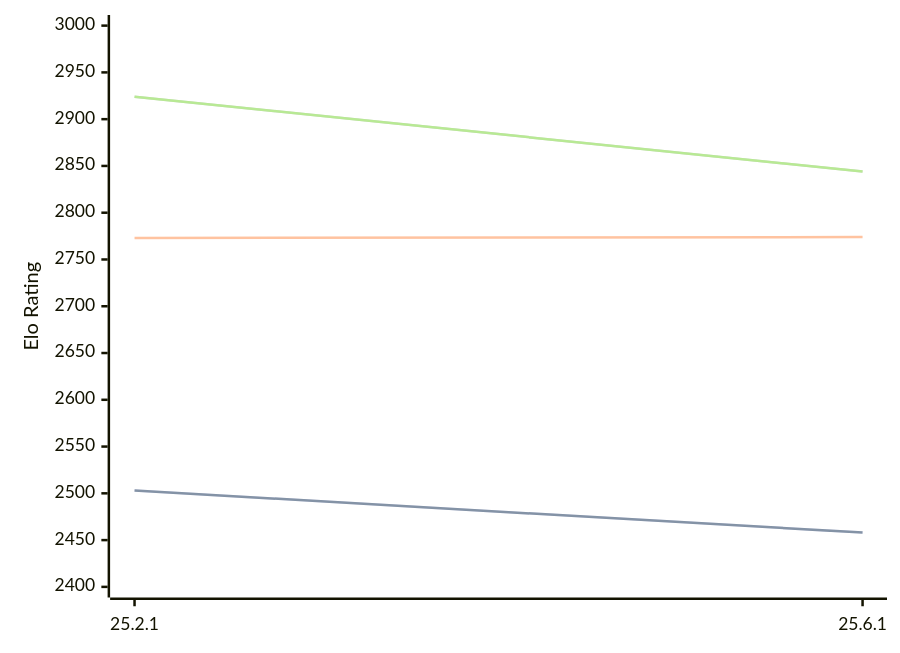
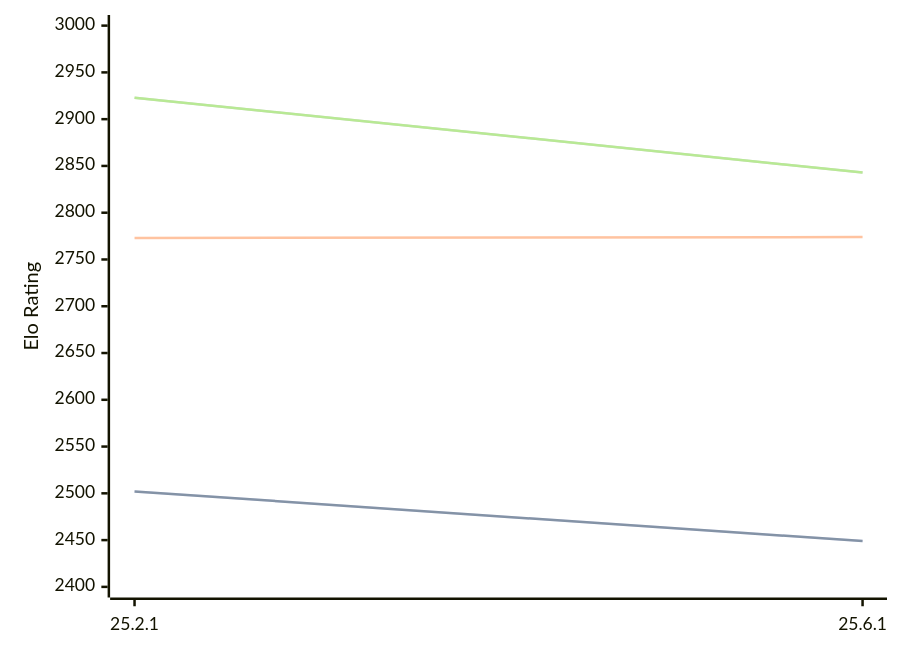
One commit to computer-chess-index/cci changed the third of 3 diagrams in engines/Crafty.md. Above: the diagram before and after it, drawn with Mermaid. The commit also changed other lines of this file, not shown here.

Commit message:
Update CCI Ratings (ELO VLTC) - 2026-07-15

````diff
--- a/engines/Crafty.md
+++ b/engines/Crafty.md
@@ -65,11 +65,11 @@
 ```mermaid
 %%{init: {"theme":"base","themeVariables":{"seriesColors:['#a3a3a3','#222221','#faa371']}}}%%
 xychart-beta
   x-axis ["25.2.1", "25.6.1"]
   y-axis "Elo Rating" 2400 --> 3000
-  line "STC (8.0+0.08s)" [2503, 2458]
-  line "STC (8.0+0.08s)" [2503, 2458]
+  line "STC (8.0+0.08s)" [2502, 2449]
+  line "STC (8.0+0.08s)" [2502, 2449]
   line "LTC (60.0+0.60s)" [2773, 2774]
-  line "VLTC (2m24s+1.12s)" [2924, 2844]
-  line "VLTC (2m24s+1.12s)" [2924, 2844]
+  line "VLTC (2m24s+1.12s)" [2923, 2843]
+  line "VLTC (2m24s+1.12s)" [2923, 2843]
 ```
````
